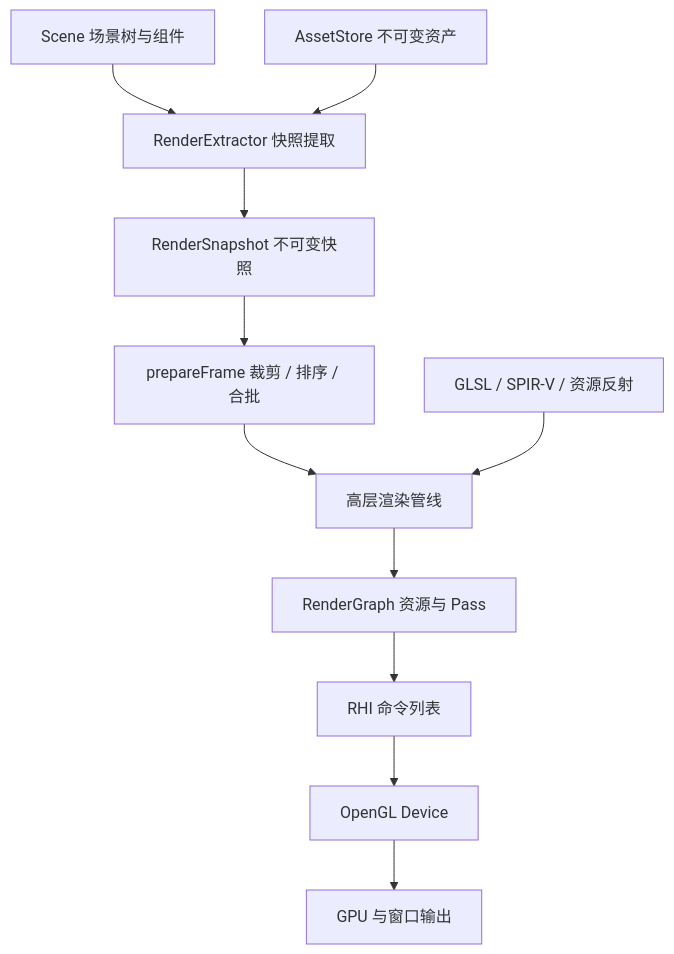
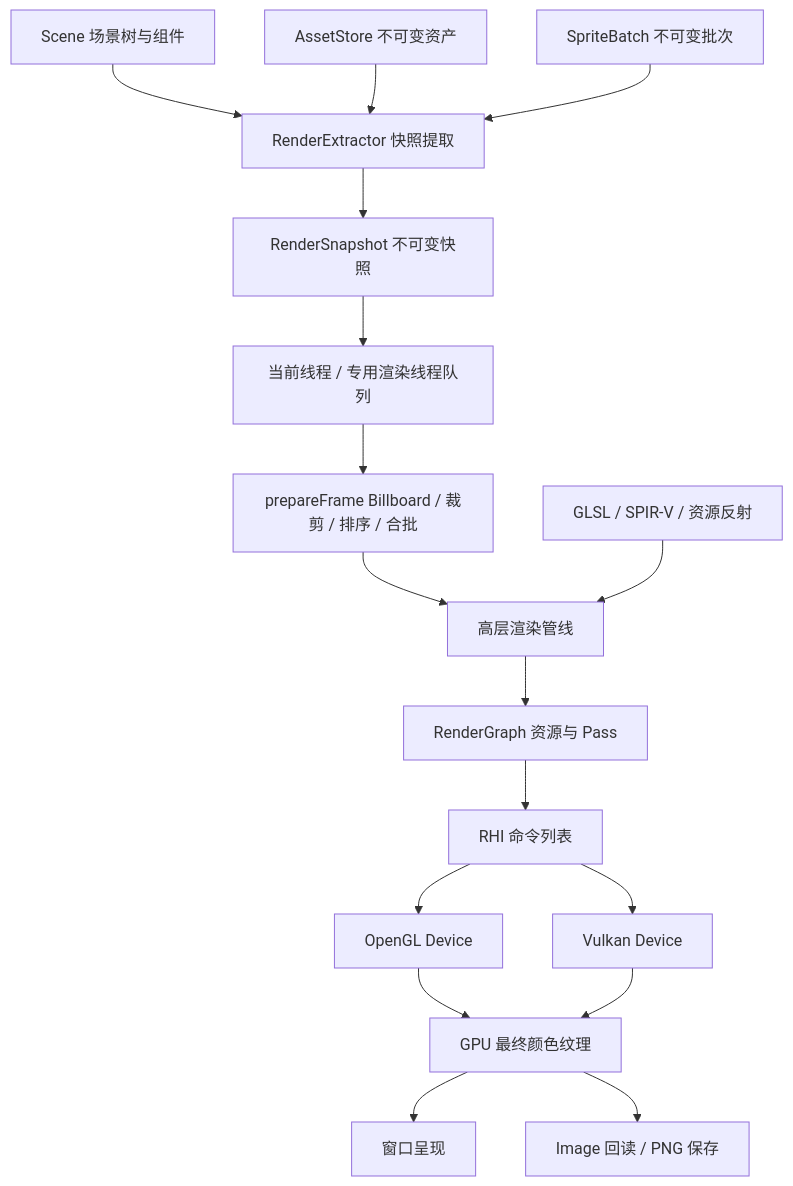
One commit to LiuTag/renderer changed the diagram in docs/ARCHITECTURE.md. Above: the diagram before and after it, drawn with Mermaid. The commit also changed other lines of this file and 101 other files, not shown here.

First line of the commit message:
feat: 完善图片世界、Box2D 与离屏渲染并整理文档

````diff
--- a/docs/ARCHITECTURE.md
+++ b/docs/ARCHITECTURE.md
@@ -9,13 +9,19 @@
 ```mermaid
 flowchart TD
     Scene[Scene 场景树与组件] --> Extract[RenderExtractor 快照提取]
     Assets[AssetStore 不可变资产] --> Extract
+    Batch[SpriteBatch 不可变批次] --> Extract
     Extract --> Snapshot[RenderSnapshot 不可变快照]
-    Snapshot --> Frame[prepareFrame 裁剪 / 排序 / 合批]
+    Snapshot --> Queue[当前线程 / 专用渲染线程队列]
+    Queue --> Frame[prepareFrame Billboard / 裁剪 / 排序 / 合批]
     Frame --> Pipeline[高层渲染管线]
     Pipeline --> Graph[RenderGraph 资源与 Pass]
     Graph --> Commands[RHI 命令列表]
     Commands --> GL[OpenGL Device]
-    GL --> GPU[GPU 与窗口输出]
+    Commands --> Vulkan[Vulkan Device]
+    GL --> GPU[GPU 最终颜色纹理]
+    Vulkan --> GPU
+    GPU --> Window[窗口呈现]
+    GPU --> Image[Image 回读 / PNG 保存]
     Shader[GLSL / SPIR-V / 资源反射] --> Pipeline
 ```
````
